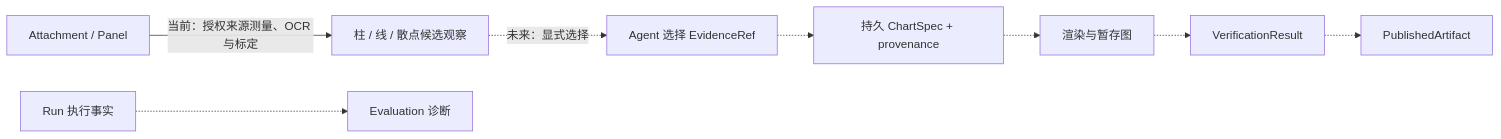
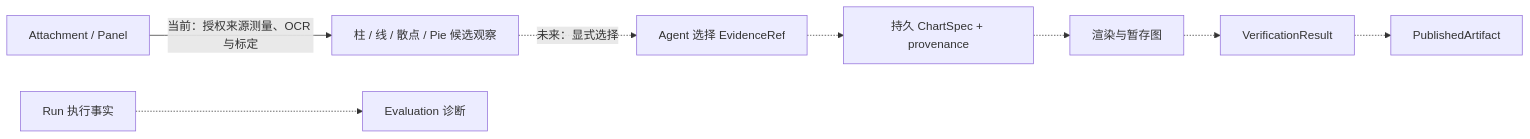
Before and after one commit to YeZibn/Figura: the second of 2 diagrams in docs/figura-implementation-overview.md, drawn with Mermaid. The commit also changed other lines of this file and 43 other files, not shown here.

Commit message:
feat(tool): 新增观测范围、文本提取和饼图测量工具

````diff
--- a/docs/figura-implementation-overview.md
+++ b/docs/figura-implementation-overview.md
@@ -77,10 +77,10 @@
 ```mermaid
 flowchart LR
-    Image[Attachment / Panel] -->|当前：授权来源测量、OCR 与标定| Measure[柱 / 线 / 散点候选观察]
+    Image[Attachment / Panel] -->|当前：授权来源测量、OCR 与标定| Measure[柱 / 线 / 散点 / Pie 候选观察]
     Measure -.->|未来：显式选择| Choice[Agent 选择 EvidenceRef]
     Choice -.-> Spec[持久 ChartSpec + provenance]
     Spec -.-> Render[渲染与暂存图]
     Render -.-> Verify[VerificationResult]
     Verify -.-> Publish[PublishedArtifact]
     Runtime[Run 执行事实] -.-> Eval[Evaluation 诊断]
 ```
````
